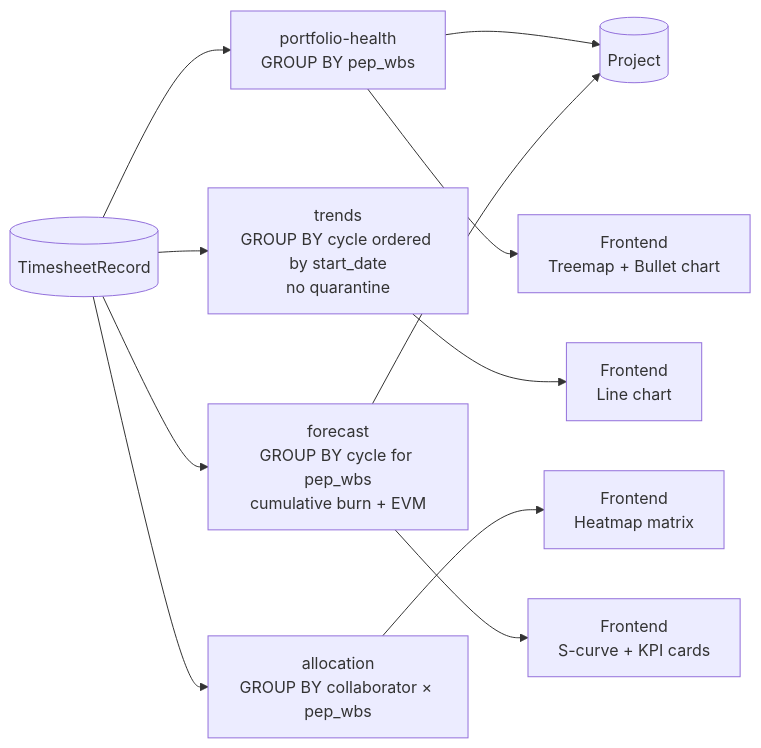
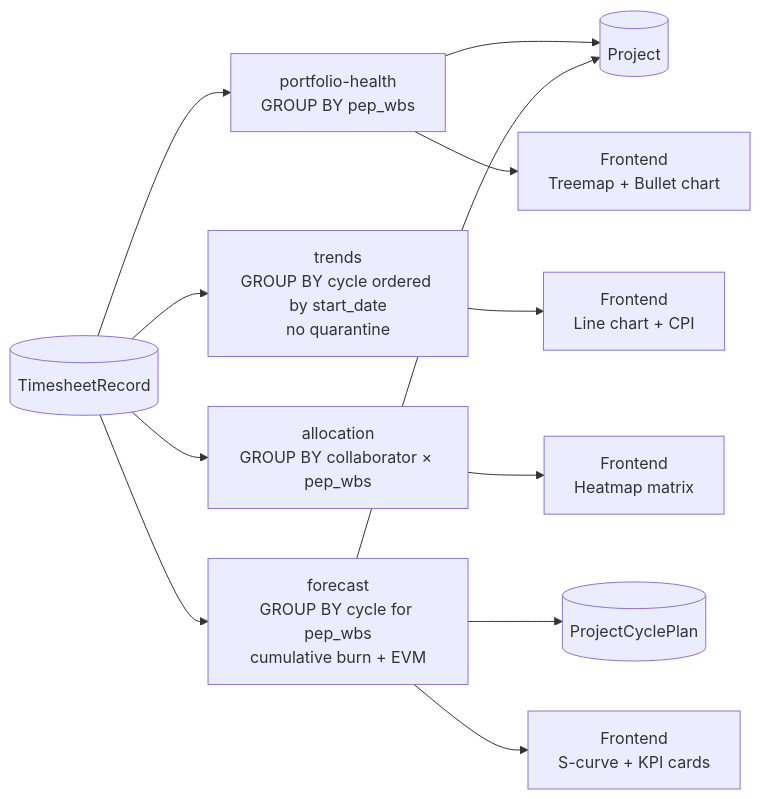
Before and after one commit to RtaSistemas/PMAS: the fourth of 6 diagrams in manual.md, drawn with Mermaid. The commit also changed other lines of this file, not shown here.

````diff
--- a/manual.md
+++ b/manual.md
@@ -147,13 +173,14 @@
 ```mermaid
 flowchart LR
     TR[(TimesheetRecord)] --> PH[portfolio-health\nGROUP BY pep_wbs]
     TR --> TRD[trends\nGROUP BY cycle ordered by start_date\nno quarantine]
     TR --> AL[allocation\nGROUP BY collaborator × pep_wbs]
     TR --> FC[forecast\nGROUP BY cycle for pep_wbs\ncumulative burn + EVM]
     PH --> PRJ[(Project)]
     FC --> PRJ
+    FC --> PCP[(ProjectCyclePlan)]
     PH --> FE[Frontend\nTreemap + Bullet chart]
-    TRD --> FE2[Frontend\nLine chart]
+    TRD --> FE2[Frontend\nLine chart + CPI]
     AL --> FE3[Frontend\nHeatmap matrix]
     FC --> FE4[Frontend\nS-curve + KPI cards]
 ```
````
